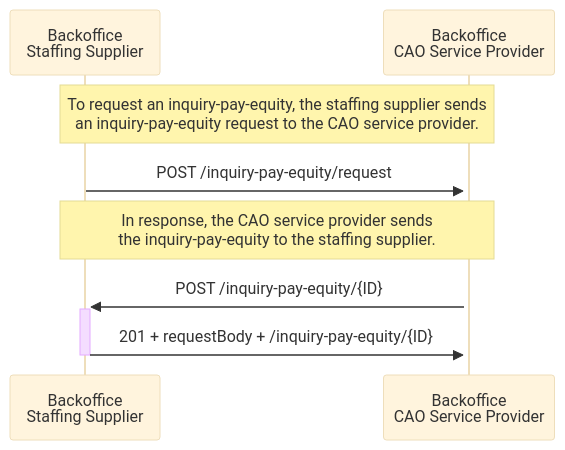
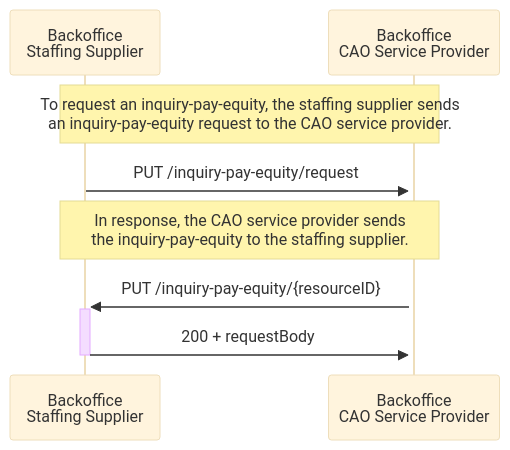
One commit to setu-standards/documentation changed the fourth of 5 diagrams in app/docs/gelijkwaardige-beloning/sequence diagrams/sequence diagrams.md. Above: the diagram before and after it, drawn with Mermaid (base theme). The commit also changed other lines of this file and 4 other files, not shown here.

````diff
--- a/app/docs/gelijkwaardige-beloning/sequence diagrams/sequence diagrams.md
+++ b/app/docs/gelijkwaardige-beloning/sequence diagrams/sequence diagrams.md
@@ -97,13 +104,13 @@
 ```mermaid
 sequenceDiagram
     participant Supplier as Backoffice <br/> Staffing Supplier
     participant Customer as Backoffice <br/> CAO Service Provider
     
 
     Note over Supplier,Customer: To request an inquiry-pay-equity, the staffing supplier sends <br/> an inquiry-pay-equity request to the CAO service provider.
-    Supplier ->>+ Customer: POST /inquiry-pay-equity/request
+    Supplier ->>+ Customer: PUT /inquiry-pay-equity/request
     
     Note over Supplier,Customer: In response, the CAO service provider sends <br/> the inquiry-pay-equity to the staffing supplier.
-    Customer ->>+ Supplier: POST /inquiry-pay-equity/{ID}
-    Supplier ->>- Customer: 201 + requestBody + /inquiry-pay-equity/{ID}  
+    Customer ->>+ Supplier: PUT /inquiry-pay-equity/{resourceID}
+    Supplier ->>- Customer: 200 + requestBody
 ```
````
